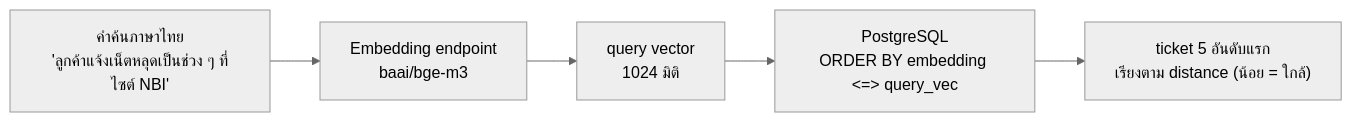
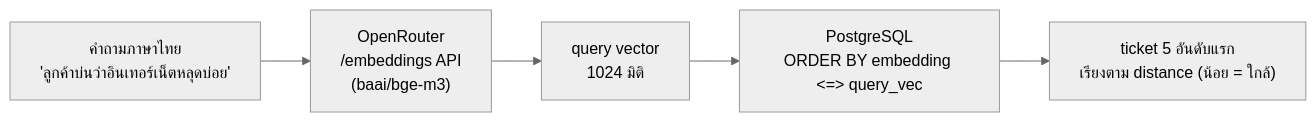
One commit to LLM-CE-KMITL/mcp-workshop changed the diagram in INSTRUCTIONS/day1/02-lab-pg-neo4j-vectors.md. Above: the diagram before and after it, drawn with Mermaid (neutral theme). The commit also changed other lines of this file, not shown here.

````diff
--- a/INSTRUCTIONS/day1/02-lab-pg-neo4j-vectors.md
+++ b/INSTRUCTIONS/day1/02-lab-pg-neo4j-vectors.md
@@ -190,7 +196,7 @@
 ```mermaid
 flowchart LR
-    A["คำค้นภาษาไทย<br/>'ลูกค้าแจ้งเน็ตหลุดเป็นช่วง ๆ ที่ไซต์ NBI'"] --> B["Embedding endpoint<br/>baai/bge-m3"]
+    A["คำถามภาษาไทย<br/>'ลูกค้าบ่นว่าอินเทอร์เน็ตหลุดบ่อย'"] --> B["OpenRouter<br/>/embeddings API<br/>(baai/bge-m3)"]
     B --> C["query vector<br/>1024 มิติ"]
     C --> D["PostgreSQL<br/>ORDER BY embedding &lt;=&gt; query_vec"]
     D --> E["ticket 5 อันดับแรก<br/>เรียงตาม distance (น้อย = ใกล้)"]
 ```
````
